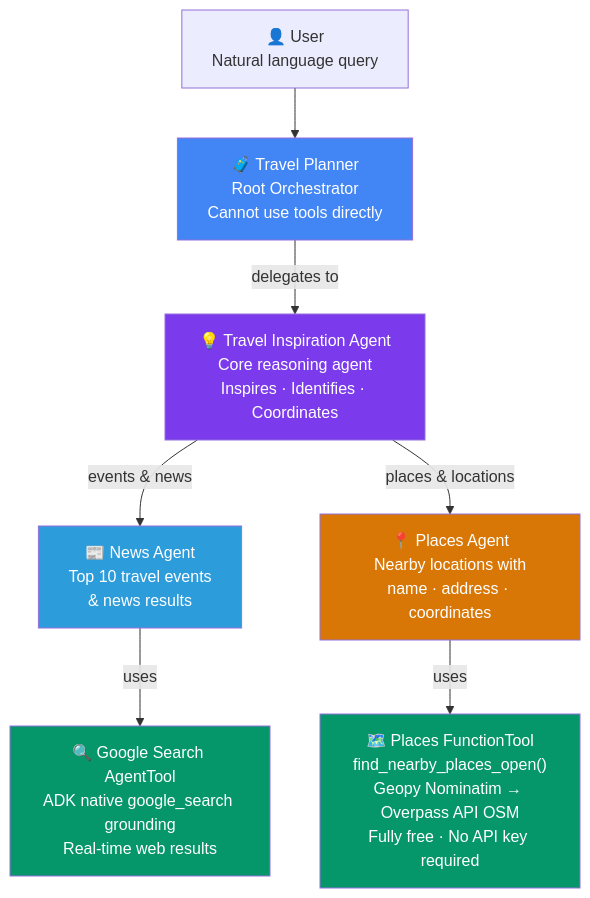
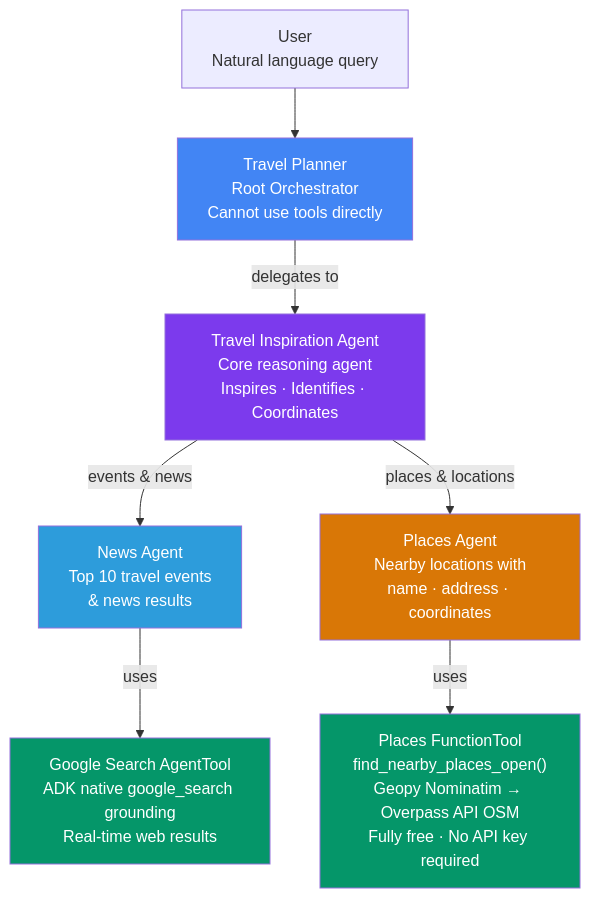
Before and after one commit to a-r-ashik/Agentic-AI-Frameworks: the fourth of 10 diagrams in README.md, drawn with Mermaid. The commit also changed other lines of this file, not shown here.

````diff
--- a/README.md
+++ b/README.md
@@ -190,26 +190,26 @@
 ```mermaid
 flowchart TD
-    U["👤 User\nNatural language query"] --> TP
+    U[" User\nNatural language query"] --> TP
 
-    TP["🧳 Travel Planner\nRoot Orchestrator\nCannot use tools directly"]
+    TP[" Travel Planner\nRoot Orchestrator\nCannot use tools directly"]
 
     TP -->|delegates to| TIA
 
-    TIA["💡 Travel Inspiration Agent\nCore reasoning agent\nInspires · Identifies · Coordinates"]
+    TIA[" Travel Inspiration Agent\nCore reasoning agent\nInspires · Identifies · Coordinates"]
 
     TIA -->|events & news| NA
     TIA -->|places & locations| PA
 
-    NA["📰 News Agent\nTop 10 travel events\n& news results"]
-    PA["📍 Places Agent\nNearby locations with\nname · address · coordinates"]
+    NA[" News Agent\nTop 10 travel events\n& news results"]
+    PA[" Places Agent\nNearby locations with\nname · address · coordinates"]
 
-    NA -->|uses| GST["🔍 Google Search AgentTool\nADK native google_search grounding\nReal-time web results"]
-    PA -->|uses| LT["🗺️ Places FunctionTool\nfind_nearby_places_open()\nGeopy Nominatim → Overpass API OSM\nFully free · No API key required"]
+    NA -->|uses| GST[" Google Search AgentTool\nADK native google_search grounding\nReal-time web results"]
+    PA -->|uses| LT[" Places FunctionTool\nfind_nearby_places_open()\nGeopy Nominatim → Overpass API OSM\nFully free · No API key required"]
 
     style TP fill:#4285F4,color:#fff
     style TIA fill:#7C3AED,color:#fff
     style NA fill:#2D9CDB,color:#fff
     style PA fill:#D97706,color:#fff
     style GST fill:#059669,color:#fff
     style LT fill:#059669,color:#fff
 ```
````
